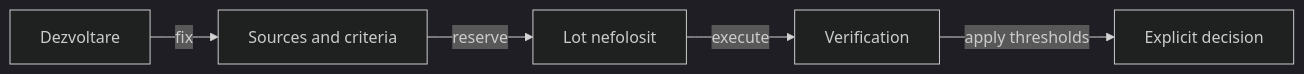
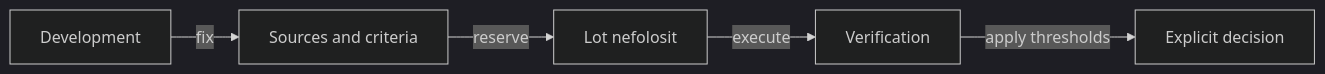
Before and after one commit to crististefanita/atf_j4: the second of 2 diagrams in docs/learning/ATF_PolicyEvolution.md, drawn with Mermaid (dark theme). The commit also changed other lines of this file and 84 other files, not shown here.

````diff
--- a/docs/learning/ATF_PolicyEvolution.md
+++ b/docs/learning/ATF_PolicyEvolution.md
@@ -96,7 +96,7 @@
 ```mermaid
 flowchart LR
-    DEV[Dezvoltare] -->|fix| FREEZE[Sources and criteria]
+    DEV[Development] -->|fix| FREEZE[Sources and criteria]
     FREEZE -->|reserve| LOT[Lot nefolosit]
     LOT -->|execute| CHECK[Verification]
     CHECK -->|apply thresholds| DECISION[Explicit decision]
 ```
````
